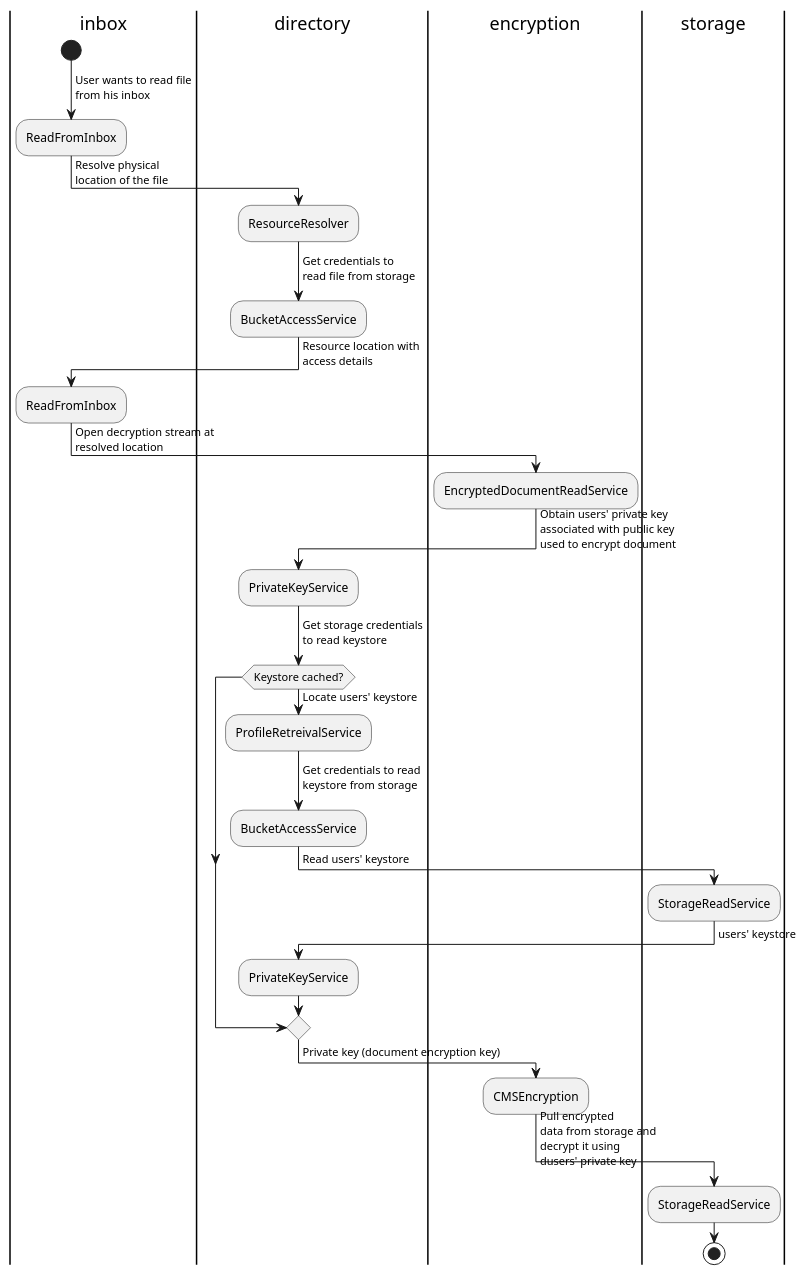
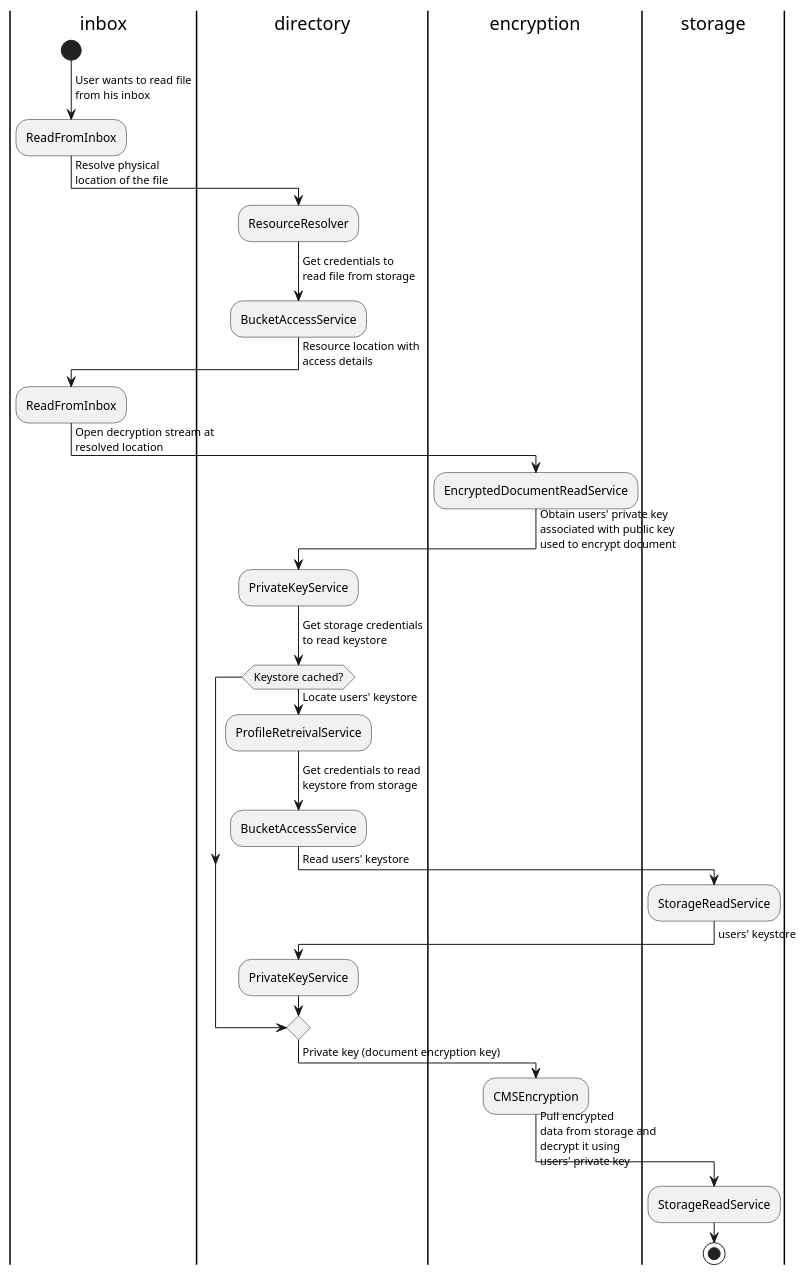
One commit to adorsys/datasafe changed the diagram in docs/diagrams/high-level/inbox_read.puml. Above: the diagram before and after it, drawn with PlantUML. The commit also changed 7 other files, not shown here.

```diff
--- a/docs/diagrams/high-level/inbox_read.puml
+++ b/docs/diagrams/high-level/inbox_read.puml
@@ -1,44 +1,44 @@
 @startuml
 
 |inbox|
 start
 -> User wants to read file\nfrom his inbox;
 :ReadFromInbox;
 -> Resolve physical\nlocation of the file;
 |directory|
 :ResourceResolver;
 -> Get credentials to\nread file from storage;
 :BucketAccessService;
 |inbox|
 -> Resource location with\naccess details;
 :ReadFromInbox;
 |encryption|
 -> Open decryption stream at\nresolved location;
 :EncryptedDocumentReadService;
 -> Obtain users' private key\nassociated with public key\nused to encrypt document;
 |directory|
 :PrivateKeyService;
 -> Get storage credentials\nto read keystore;
 if (Keystore cached?) then
 else (no)
 |directory|
 -> Locate users' keystore;
 :ProfileRetreivalService;
 -> Get credentials to read\nkeystore from storage;
 :BucketAccessService;
 -> Read users' keystore;
 |storage|
 :StorageReadService;
 -> users' keystore;
 |directory|
 :PrivateKeyService;
 endif
 |encryption|
 -> Private key (document encryption key);
 :CMSEncryption;
 |storage|
--> Pull encrypted\ndata from storage and\ndecrypt it using\ndusers' private key;
+-> Pull encrypted\ndata from storage and\ndecrypt it using\nusers' private key;
 :StorageReadService;
 stop
 
 @enduml
```
